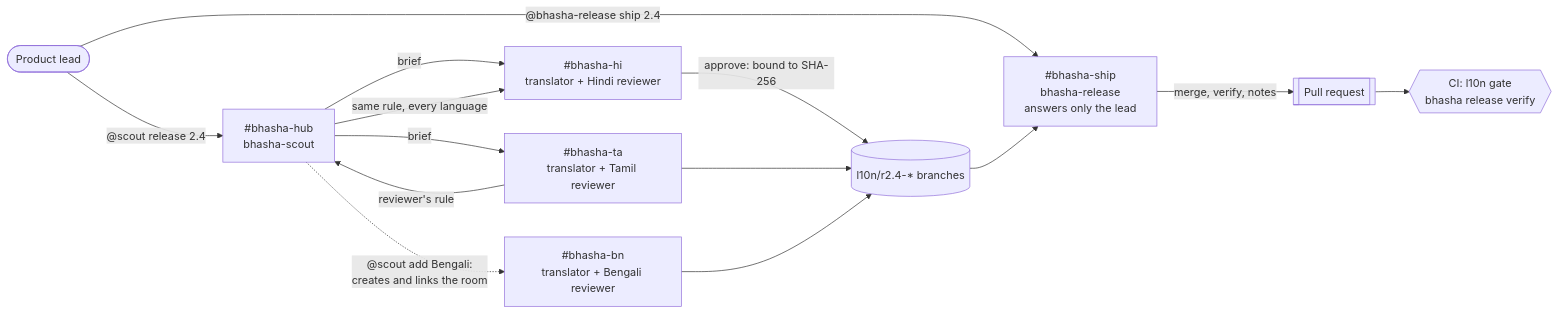
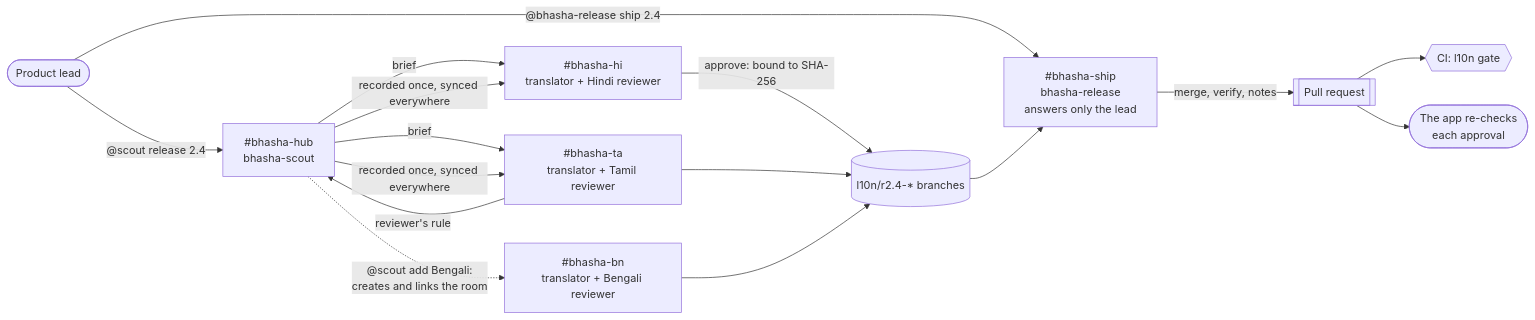
The diagram in README.md (YashSoni998265/bhasha-desk), drawn with Mermaid before and after one commit. The commit also changed other lines of this file and 1 other file, not shown here.

````diff
--- a/README.md
+++ b/README.md
@@ -38,16 +73,18 @@
 ```mermaid
 flowchart LR
   lead([Product lead]) -->|"@scout release 2.4"| hub["#bhasha-hub<br/>bhasha-scout"]
   hub -->|brief| hi["#bhasha-hi<br/>translator + Hindi reviewer"]
   hub -->|brief| ta["#bhasha-ta<br/>translator + Tamil reviewer"]
   hub -. "@scout add Bengali:<br/>creates and links the room" .-> bn["#bhasha-bn<br/>translator + Bengali reviewer"]
   ta -->|"reviewer's rule"| hub
-  hub -->|"same rule, every language"| hi
+  hub -->|"recorded once, synced everywhere"| hi
+  hub -->|"recorded once, synced everywhere"| ta
   hi -->|"approve: bound to SHA-256"| git[("l10n/r2.4-* branches")]
   ta --> git
   bn --> git
   lead -->|"@bhasha-release ship 2.4"| ship["#bhasha-ship<br/>bhasha-release<br/>answers only the lead"]
   git --> ship
   ship -->|"merge, verify, notes"| pr[["Pull request"]]
-  pr --> gate{{"CI: l10n gate<br/>bhasha release verify"}}
+  pr --> gate{{"CI: l10n gate"}}
+  pr --> app(["The app re-checks<br/>each approval"])
 ```
````
